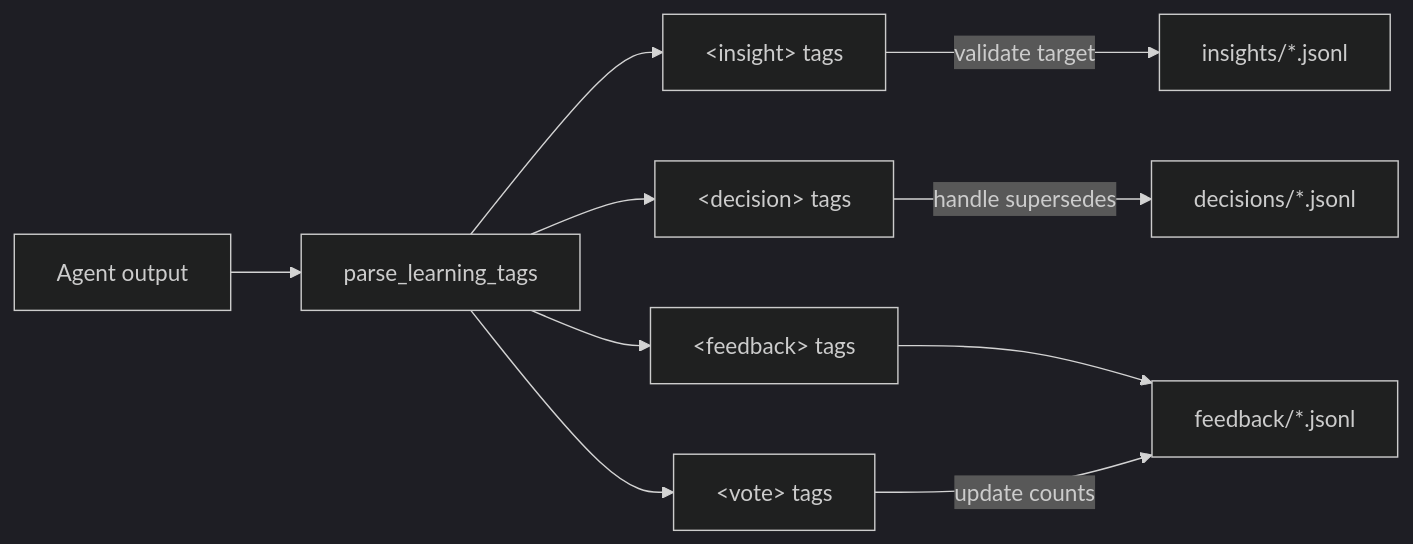
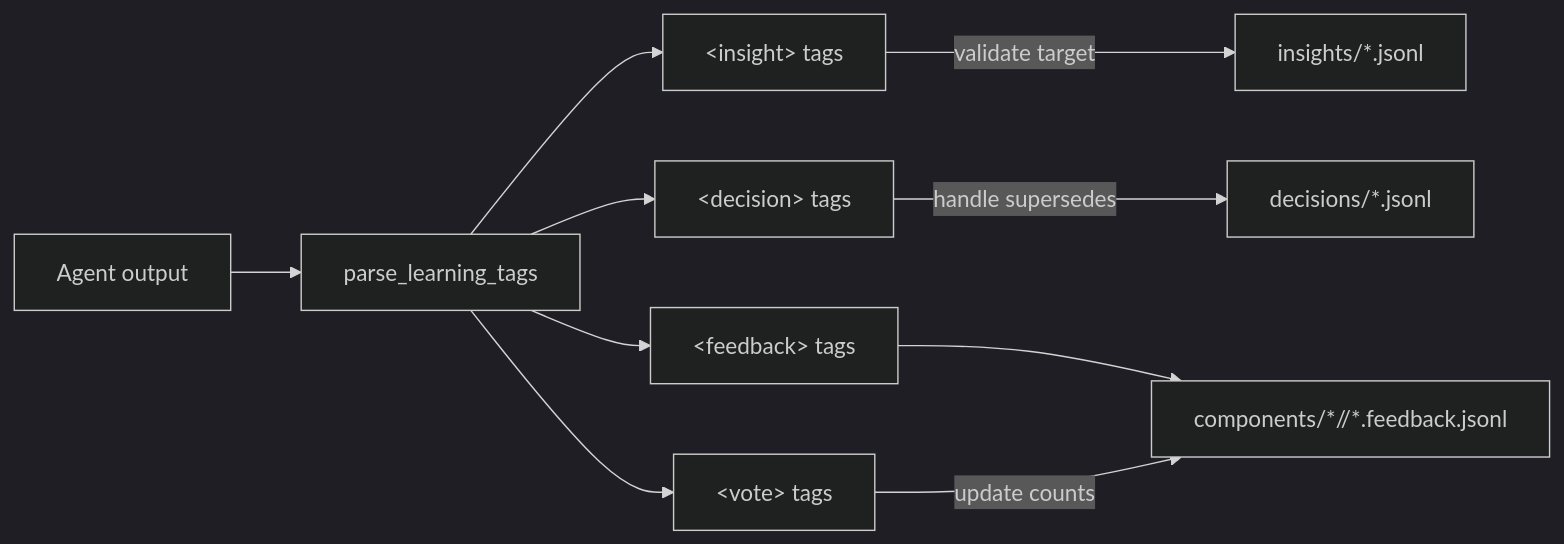
Before and after one commit to Modal-Vector/Orbit-Rover: the first of 3 diagrams in docs/learning-system.md, drawn with Mermaid (dark theme). The commit also changed other lines of this file and 37 other files, not shown here.

````diff
--- a/docs/learning-system.md
+++ b/docs/learning-system.md
@@ -42,14 +42,14 @@
 ```mermaid
 flowchart LR
     OUTPUT[Agent output] --> PARSE[parse_learning_tags]
 
     PARSE --> INS["&lt;insight&gt; tags"]
     PARSE --> DEC["&lt;decision&gt; tags"]
     PARSE --> FB["&lt;feedback&gt; tags"]
     PARSE --> VOTE["&lt;vote&gt; tags"]
 
     INS --> |validate target| INS_STORE[insights/*.jsonl]
     DEC --> |handle supersedes| DEC_STORE[decisions/*.jsonl]
-    FB --> FB_STORE[feedback/*.jsonl]
+    FB --> FB_STORE[components/*//*.feedback.jsonl]
     VOTE --> |update counts| FB_STORE
 ```
````
